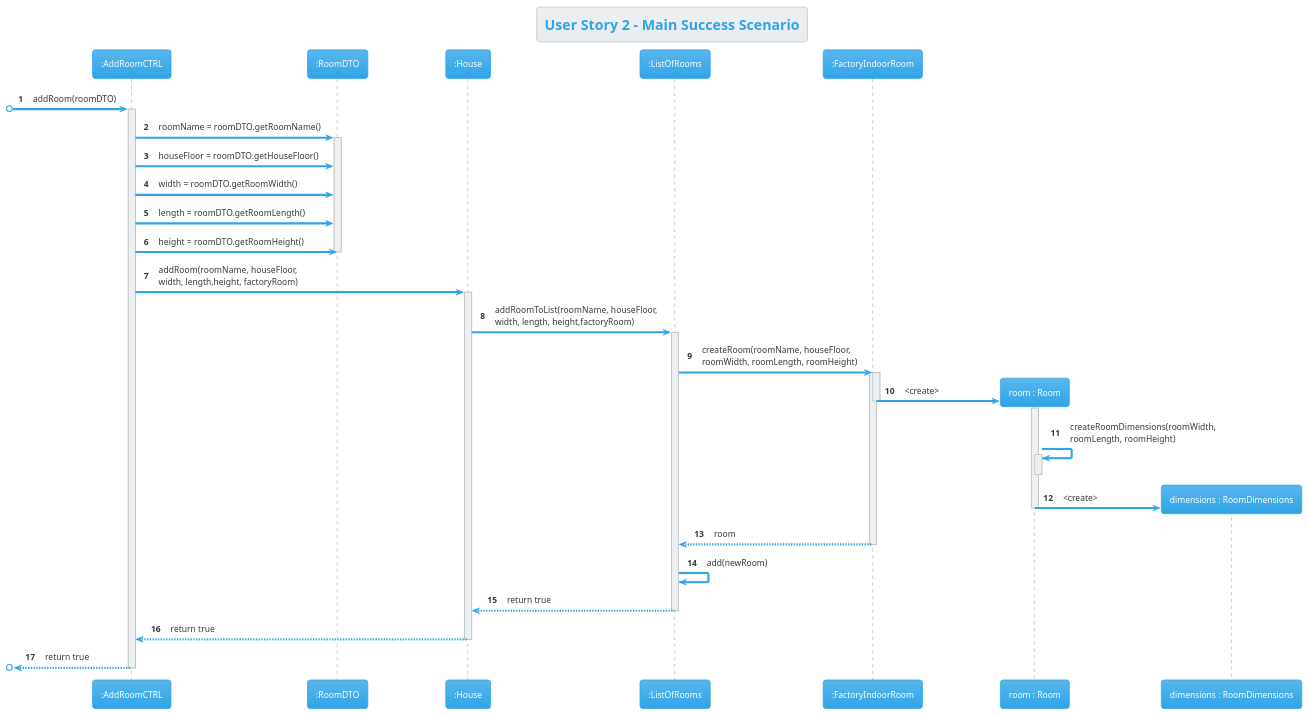
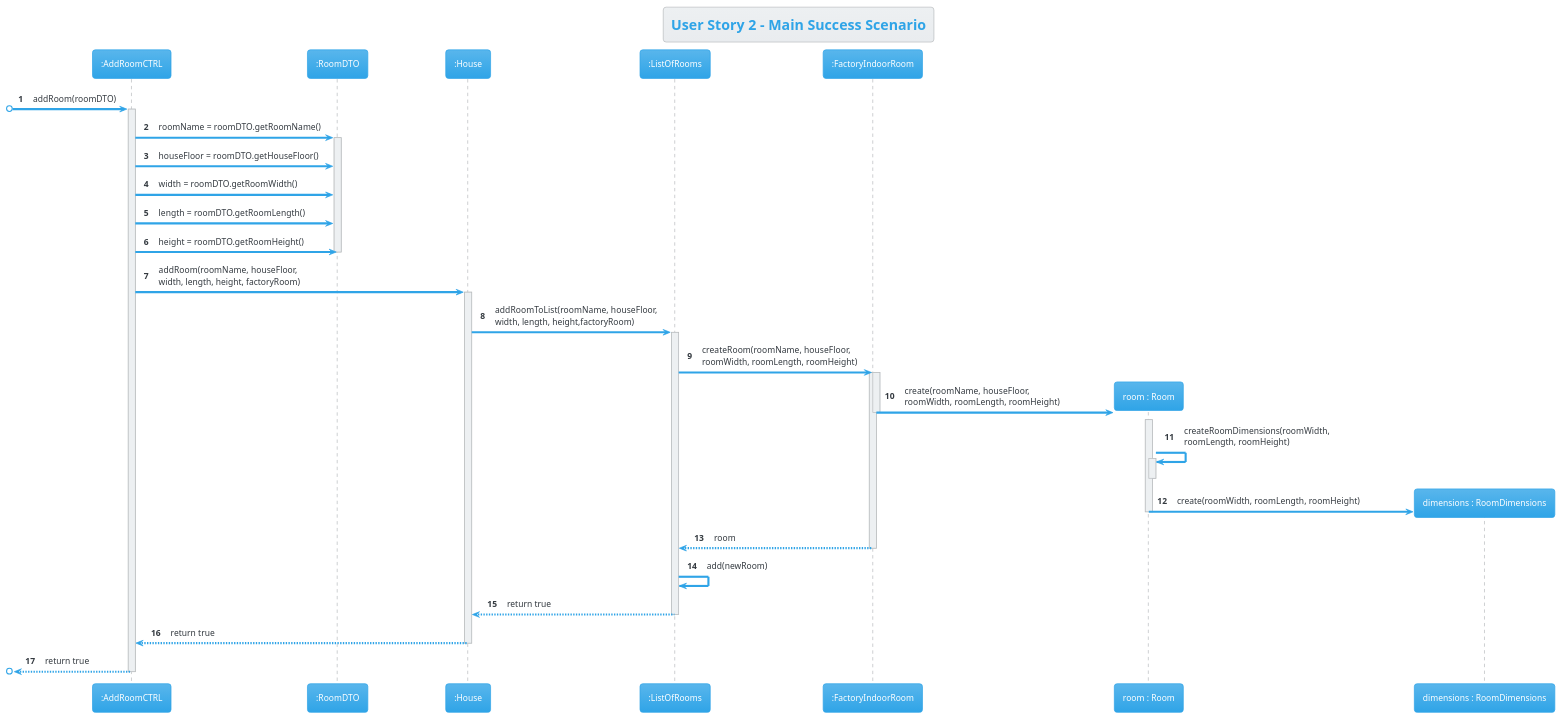
Before and after one commit to AfonsoNeves77/smartHouse: the diagram in Docs/US02/S3US02SequenceDiagram.puml, drawn with PlantUML. The commit also changed 6 other files, not shown here.

Commit message:
Team Review: Corrected all sequence diagrams according with technical sprint review feedback.

```diff
--- a/Docs/US02/S3US02SequenceDiagram.puml
+++ b/Docs/US02/S3US02SequenceDiagram.puml
@@ -1,48 +1,48 @@
 @startuml
 !theme cerulean
 autonumber
 title User Story 2 - Main Success Scenario
 participant ":AddRoomCTRL" as C
 participant ":RoomDTO" as dto
 participant ":House" as H
 participant ":ListOfRooms" as LOR
 participant ":FactoryIndoorRoom" as FR
 participant "room : Room" as R
 participant "dimensions : RoomDimensions" as RD
 skinparam ParticipantPadding 50
 
 [o-> C : addRoom(roomDTO)
 activate C
 C -> dto : roomName = roomDTO.getRoomName()
 activate dto
 C -> dto : houseFloor = roomDTO.getHouseFloor()
 C -> dto : width = roomDTO.getRoomWidth()
 C -> dto : length = roomDTO.getRoomLength()
 C -> dto : height = roomDTO.getRoomHeight()
 deactivate dto
-C -> H : addRoom(roomName, houseFloor, \nwidth, length,height, factoryRoom)
+C -> H : addRoom(roomName, houseFloor, \nwidth, length, height, factoryRoom)
 activate H
 H -> LOR : addRoomToList(roomName, houseFloor, \nwidth, length, height,factoryRoom)
 activate LOR
 LOR -> FR : createRoom(roomName, houseFloor, \nroomWidth, roomLength, roomHeight)
 activate FR
 Activate FR
-FR -> R** : <create>
+FR -> R** : create(roomName, houseFloor, \nroomWidth, roomLength, roomHeight)
 deactivate FR
 activate R
 R -> R : createRoomDimensions(roomWidth,\nroomLength, roomHeight)
 activate R
 deactivate R
-R -> RD** : <create>
+R -> RD** : create(roomWidth, roomLength, roomHeight)
 deactivate R
 FR --> LOR : room
 deactivate FR
 LOR -> LOR : add(newRoom)
 LOR --> H : return true
 
 deactivate LOR
 H --> C : return true
 deactivate H
 [o<-- C : return true
 deactivate C
 @enduml
```
